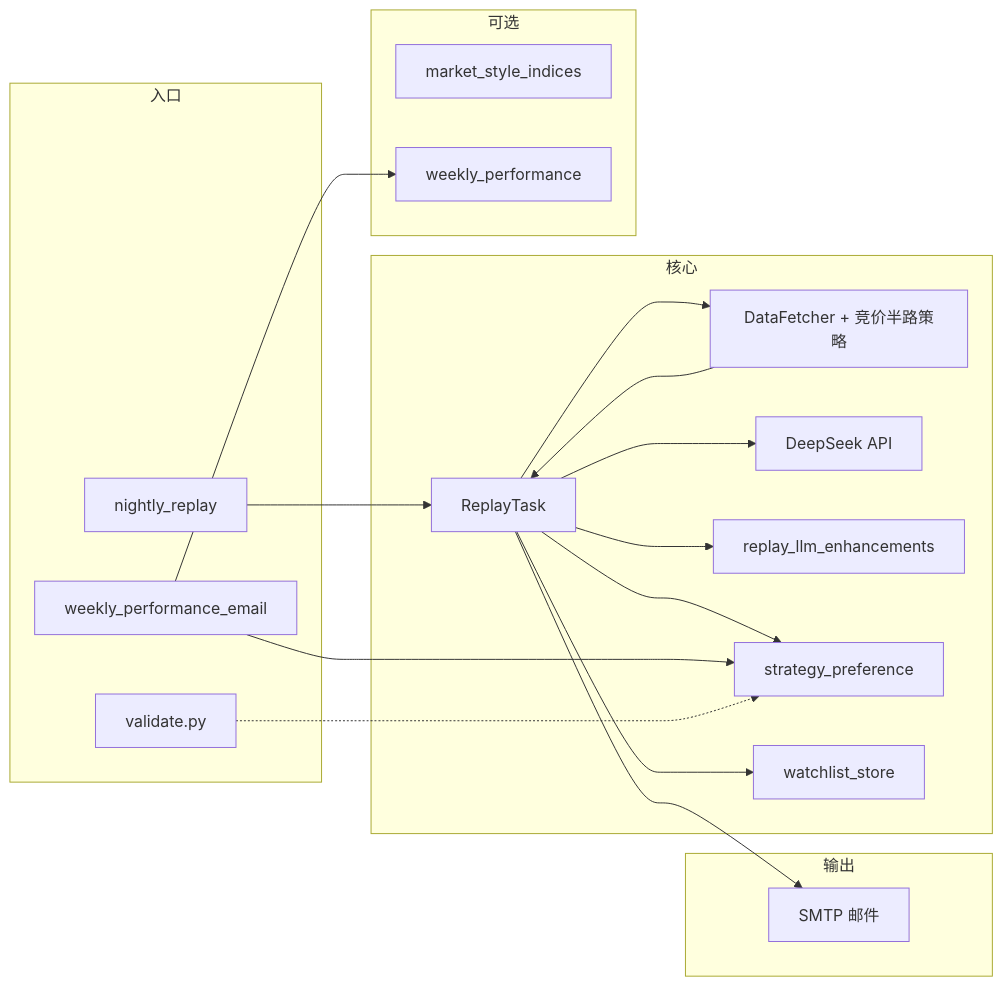
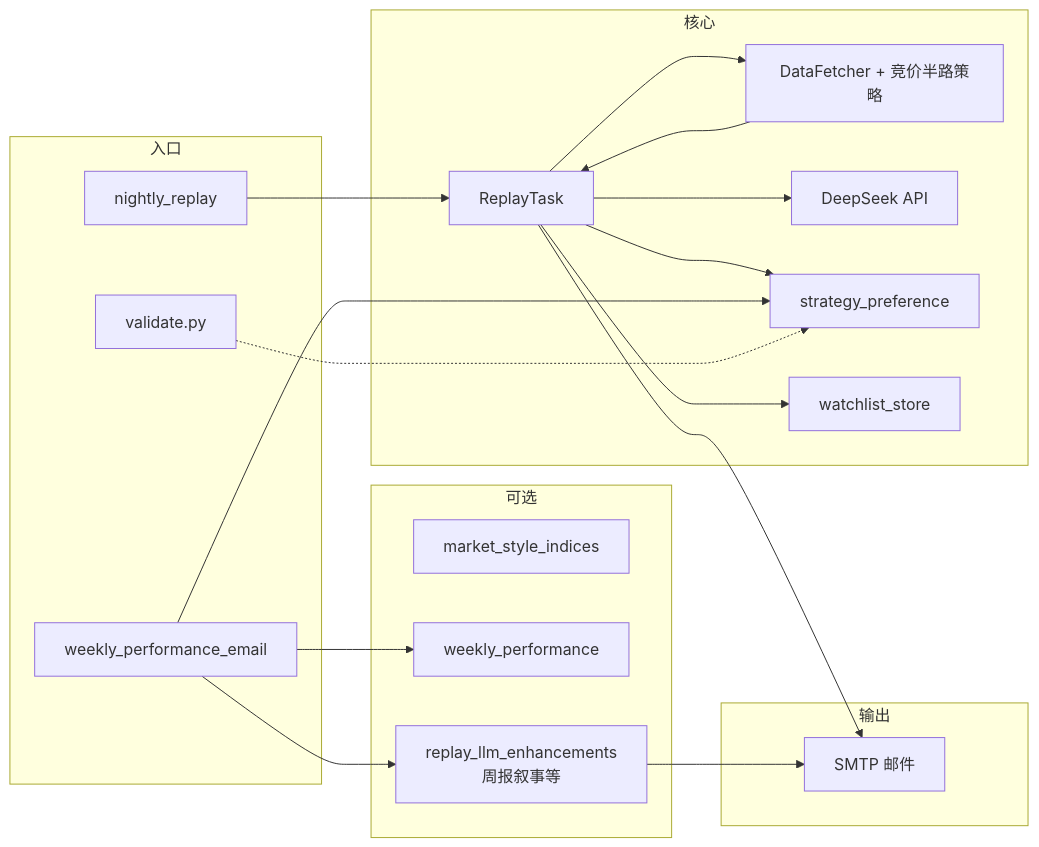
Before and after one commit to doubiaaa/PythonProject1: the diagram in ARCHITECTURE.md, drawn with Mermaid. The commit also changed other lines of this file and 9 other files, not shown here.

First line of the commit message:
fix: 复盘去增强与邮件CID图比例；README业务全景PNG

````diff
--- a/ARCHITECTURE.md
+++ b/ARCHITECTURE.md
@@ -80,38 +80,39 @@
 ```mermaid
 flowchart LR
     subgraph in["入口"]
         N[nightly_replay]
         P[weekly_performance_email]
         V[validate.py]
     end
 
     subgraph core["核心"]
         DF[DataFetcher + 竞价半路策略]
         RT[ReplayTask]
         DS[DeepSeek API]
-        ENH[replay_llm_enhancements]
         SP[strategy_preference]
         WL[watchlist_store]
     end
 
     subgraph opt["可选"]
         MSI[market_style_indices]
         WP[weekly_performance]
+        ENH[replay_llm_enhancements<br/>周报叙事等]
     end
 
     subgraph out["输出"]
         EM[SMTP 邮件]
     end
 
     N --> RT
     RT --> DF
     DF --> RT
     RT --> DS
-    RT --> ENH
     RT --> WL
     RT --> SP
     RT --> EM
     P --> WP
     P --> SP
+    P --> ENH
+    ENH --> EM
     V -.-> SP
 ```
````
